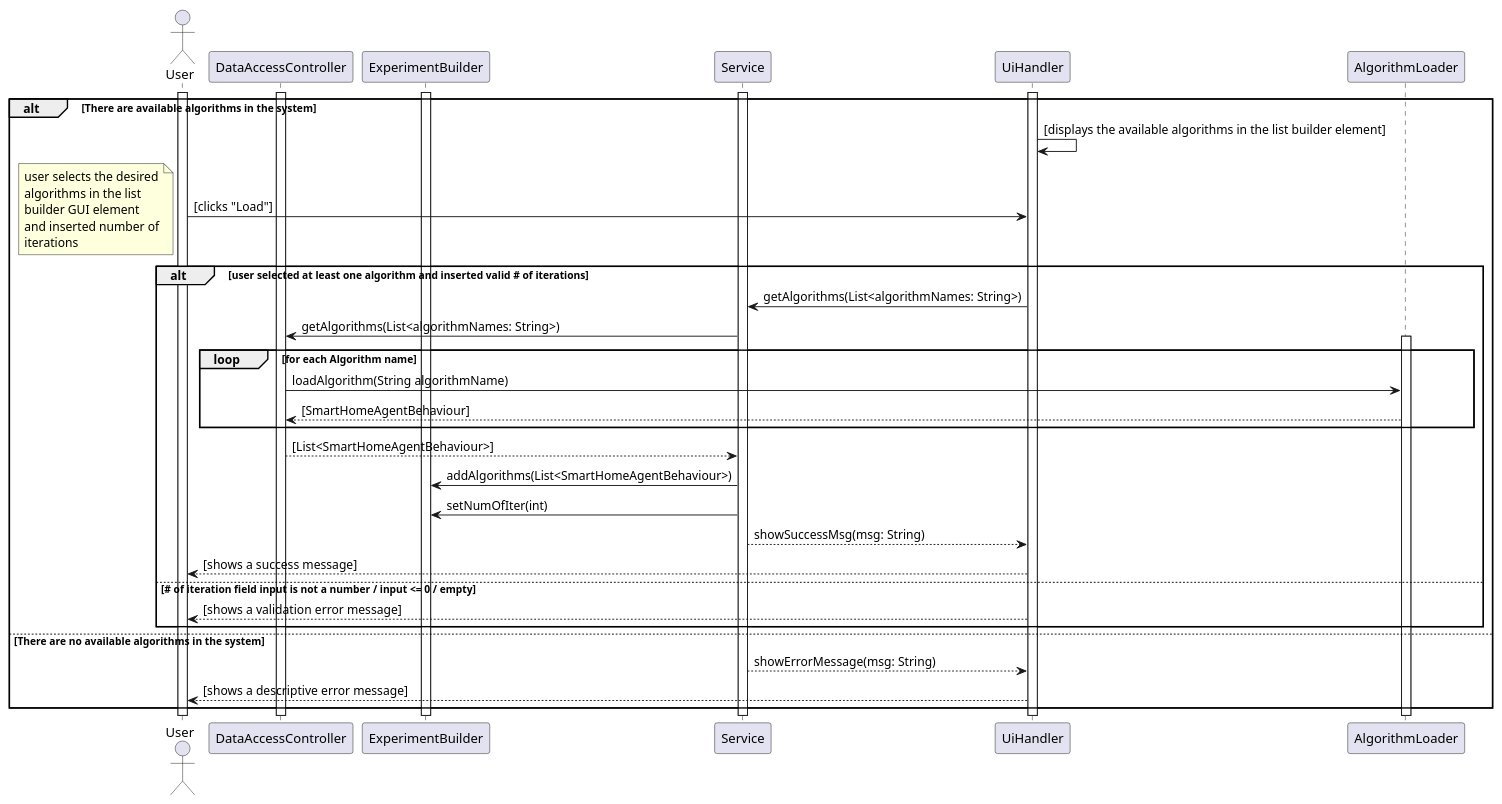
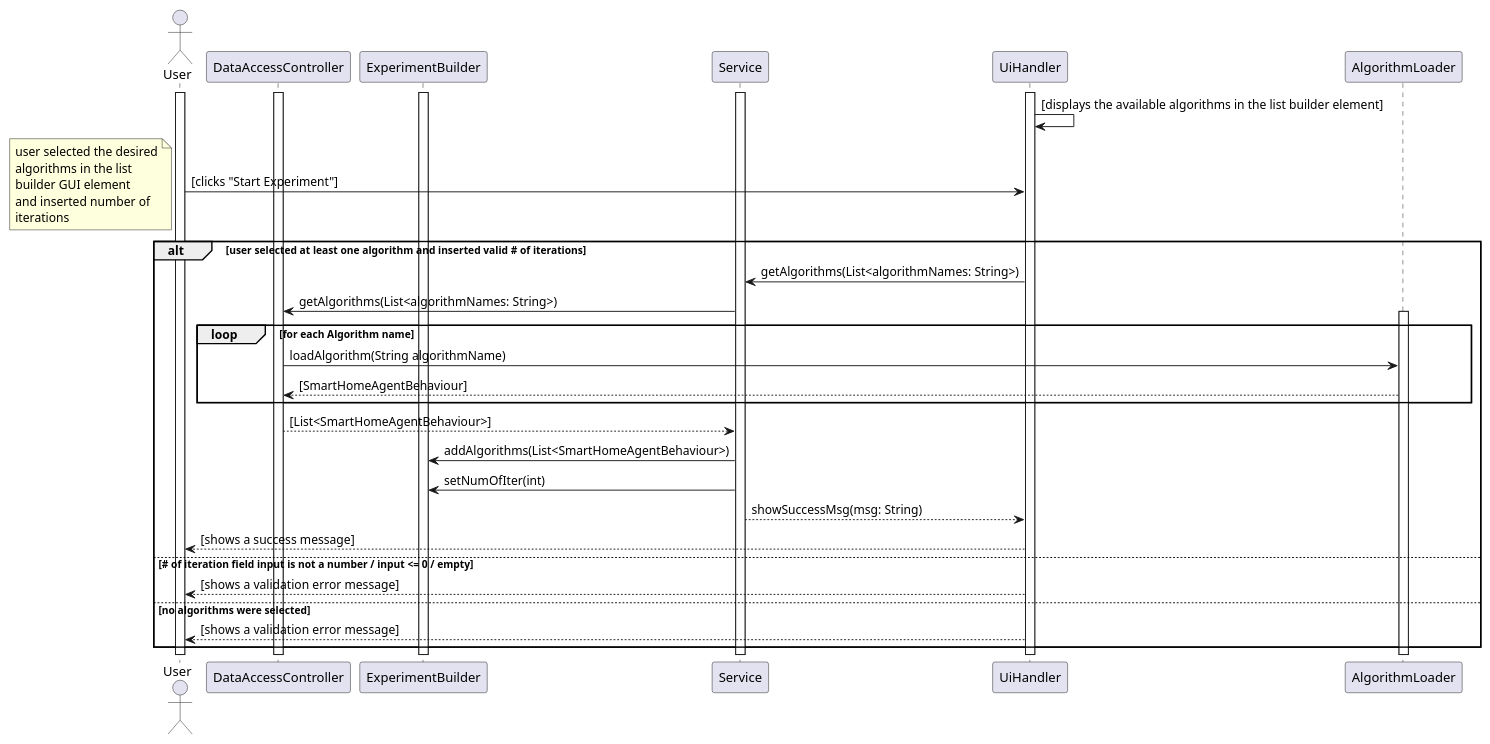
Before and after one commit to miamiHits/FinalProject: the diagram in Docs/Diagrams/behaviour diagrams/scripts/algoChooseSeq.puml, drawn with PlantUML. The commit also changed 9 other files, not shown here.

Commit message:
updated sequence diagrams

```diff
--- a/Docs/Diagrams/behaviour diagrams/scripts/algoChooseSeq.puml
+++ b/Docs/Diagrams/behaviour diagrams/scripts/algoChooseSeq.puml
@@ -1,48 +1,46 @@
 @startuml
 actor User as u
 participant DataAccessController as DAC
 participant ExperimentBuilder as EB
 
 activate u
 activate Service
 activate UiHandler
 activate DAC
 activate EB
 
-alt There are available algorithms in the system
 
-    UiHandler -> UiHandler : [displays the available algorithms in the list builder element]
-    u -> UiHandler : [clicks "Load"]
-    note left
-        user selects the desired
-        algorithms in the list
-        builder GUI element
-        and inserted number of
-        iterations
-    end note
+UiHandler -> UiHandler : [displays the available algorithms in the list builder element]
+u -> UiHandler : [clicks "Start Experiment"]
+note left
+    user selected the desired
+    algorithms in the list
+    builder GUI element
+    and inserted number of
+    iterations
+end note
 
-    alt user selected at least one algorithm and inserted valid # of iterations
-        UiHandler -> Service : getAlgorithms(List<algorithmNames: String>)
+alt user selected at least one algorithm and inserted valid # of iterations
+    UiHandler -> Service : getAlgorithms(List<algorithmNames: String>)
 
-        Service -> DAC : getAlgorithms(List<algorithmNames: String>)
+    Service -> DAC : getAlgorithms(List<algorithmNames: String>)
 
-        loop for each Algorithm name
-            activate AlgorithmLoader
-            DAC -> AlgorithmLoader : loadAlgorithm(String algorithmName)
-            AlgorithmLoader --> DAC : [SmartHomeAgentBehaviour]
-        end
+    loop for each Algorithm name
+        activate AlgorithmLoader
+        DAC -> AlgorithmLoader : loadAlgorithm(String algorithmName)
+        AlgorithmLoader --> DAC : [SmartHomeAgentBehaviour]
+    end
 
-        DAC --> Service : [List<SmartHomeAgentBehaviour>]
-        Service -> EB : addAlgorithms(List<SmartHomeAgentBehaviour>)
-        Service -> EB : setNumOfIter(int)
-        Service --> UiHandler : showSuccessMsg(msg: String)
-        UiHandler --> u : [shows a success message]
-    else # of iteration field input is not a number / input <= 0 / empty
-        UiHandler --> u : [shows a validation error message]
+    DAC --> Service : [List<SmartHomeAgentBehaviour>]
+    Service -> EB : addAlgorithms(List<SmartHomeAgentBehaviour>)
+    Service -> EB : setNumOfIter(int)
+    Service --> UiHandler : showSuccessMsg(msg: String)
+    UiHandler --> u : [shows a success message]
+else # of iteration field input is not a number / input <= 0 / empty
+    UiHandler --> u : [shows a validation error message]
 
-    end
-else There are no available algorithms in the system
-    Service --> UiHandler : showErrorMessage(msg: String)
-    UiHandler --> u : [shows a descriptive error message]
+else no algorithms were selected
+    UiHandler --> u : [shows a validation error message]
+
 end
 @enduml
```
